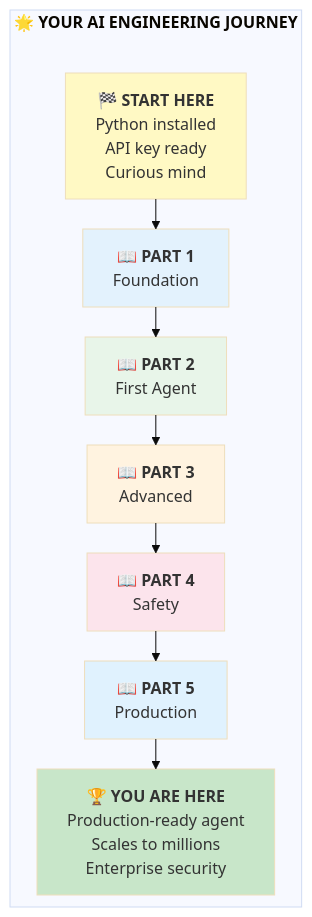
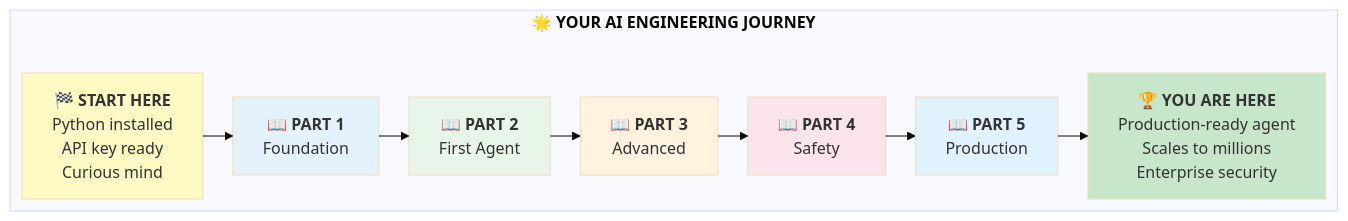
The eighth of 9 diagrams in AI Engineering/AI Engineering: The 5-Step Blueprint to Building and Deploying AI Agents That Scale to Millions.md (Vineet-Sharma-Medium-Stories/Medium-Build-Tool), drawn with Mermaid before and after one commit. The commit also changed 43 other files, not shown here.

````diff
--- a/AI Engineering/AI Engineering: The 5-Step Blueprint to Building and Deploying AI Agents That Scale to Millions.md
+++ b/AI Engineering/AI Engineering: The 5-Step Blueprint to Building and Deploying AI Agents That Scale to Millions.md
@@ -380,31 +380,32 @@
 ```mermaid
 ---
 config:
   theme: base
   layout: elk
 ---
-graph LR
-    subgraph Journey[<b>🌟 YOUR AI ENGINEERING JOURNEY</b>]
-        direction TB
-        
-        Start[<b>🏁 START HERE</b><br/>Python installed<br/>API key ready<br/>Curious mind]
-        
-        Part1[<b>📖 PART 1</b><br/>Foundation]
-        Part2[<b>📖 PART 2</b><br/>First Agent]
-        Part3[<b>📖 PART 3</b><br/>Advanced]
-        Part4[<b>📖 PART 4</b><br/>Safety]
-        Part5[<b>📖 PART 5</b><br/>Production]
-        
-        End[<b>🏆 YOU ARE HERE</b><br/>Production-ready agent<br/>Scales to millions<br/>Enterprise security]
-    end
-    
-    Start --> Part1 --> Part2 --> Part3 --> Part4 --> Part5 --> End
-    
+flowchart TB
+ subgraph Journey["<b>🌟 YOUR AI ENGINEERING JOURNEY</b>"]
+    direction LR
+        Start["<b>🏁 START HERE</b><br>Python installed<br>API key ready<br>Curious mind"]
+        Part1["<b>📖 PART 1</b><br>Foundation"]
+        Part2["<b>📖 PART 2</b><br>First Agent"]
+        Part3["<b>📖 PART 3</b><br>Advanced"]
+        Part4["<b>📖 PART 4</b><br>Safety"]
+        Part5["<b>📖 PART 5</b><br>Production"]
+        End["<b>🏆 YOU ARE HERE</b><br>Production-ready agent<br>Scales to millions<br>Enterprise security"]
+  end
+    Start --> Part1
+    Part1 --> Part2
+    Part2 --> Part3
+    Part3 --> Part4
+    Part4 --> Part5
+    Part5 --> End
+
     style Start fill:#fff9c4
     style Part1 fill:#e3f2fd
     style Part2 fill:#e8f5e9
     style Part3 fill:#fff3e0
     style Part4 fill:#fce4ec
     style Part5 fill:#e0f2fe
     style End fill:#c8e6c9
 ```
````
